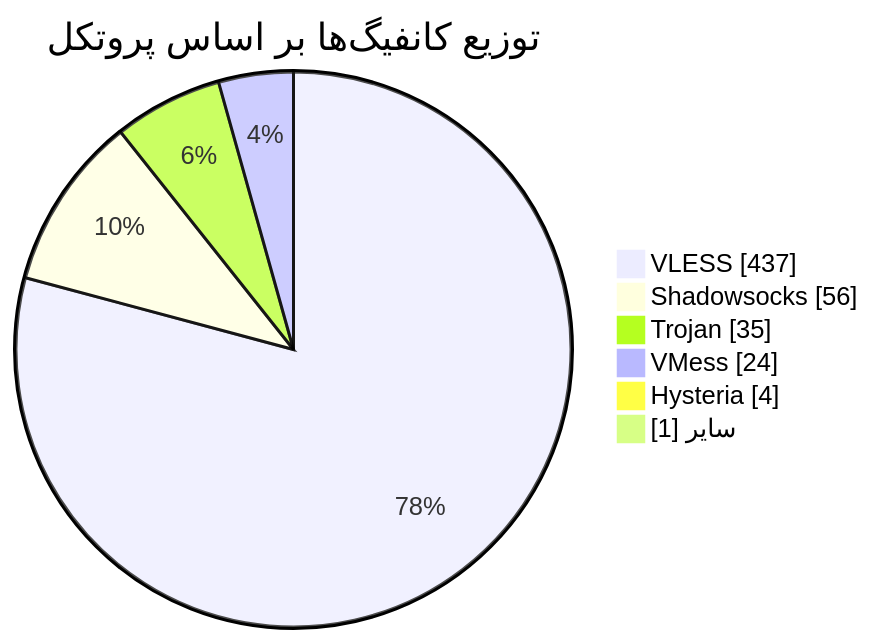
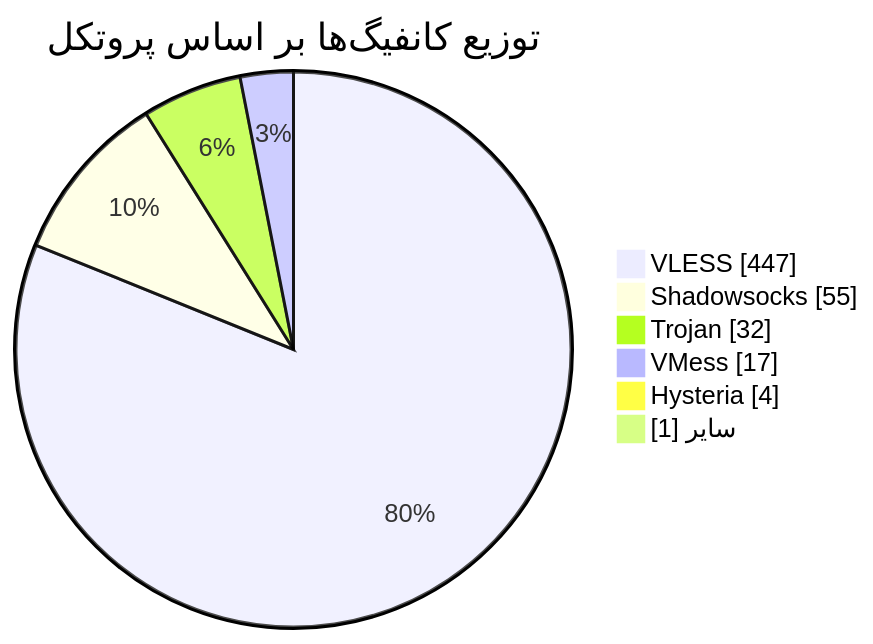
One commit to Arian-Alijani/Somthing changed the diagram in README.md. Above: the diagram before and after it, drawn with Mermaid. The commit also changed other lines of this file and 59 other files, not shown here.

````diff
--- a/README.md
+++ b/README.md
@@ -48,10 +48,10 @@
 ```mermaid
 pie showData
     title توزیع کانفیگ‌ها بر اساس پروتکل
-    "VLESS" : 437
-    "Shadowsocks" : 56
-    "Trojan" : 35
-    "VMess" : 24
+    "VLESS" : 447
+    "Shadowsocks" : 55
+    "Trojan" : 32
+    "VMess" : 17
     "Hysteria" : 4
     "سایر" : 1
 ```
````
